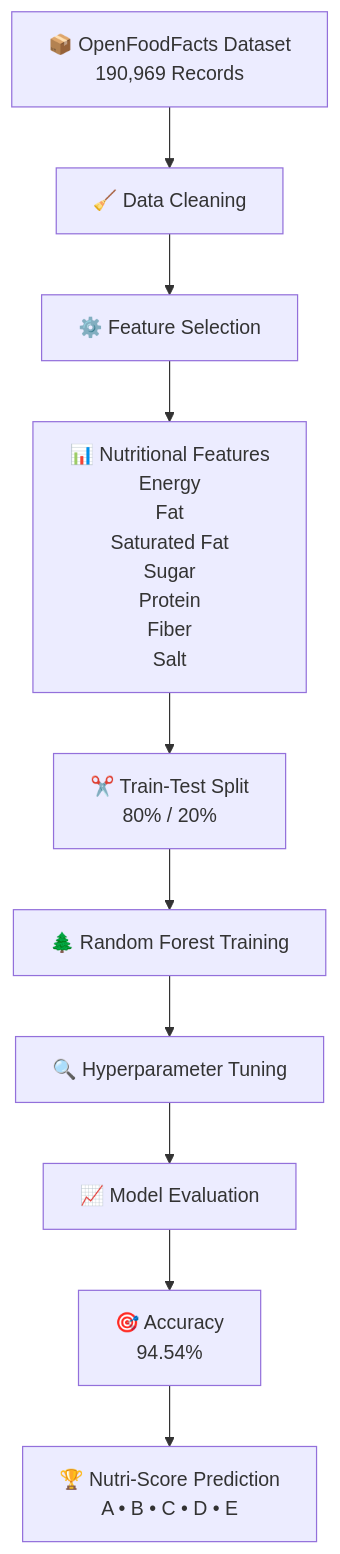
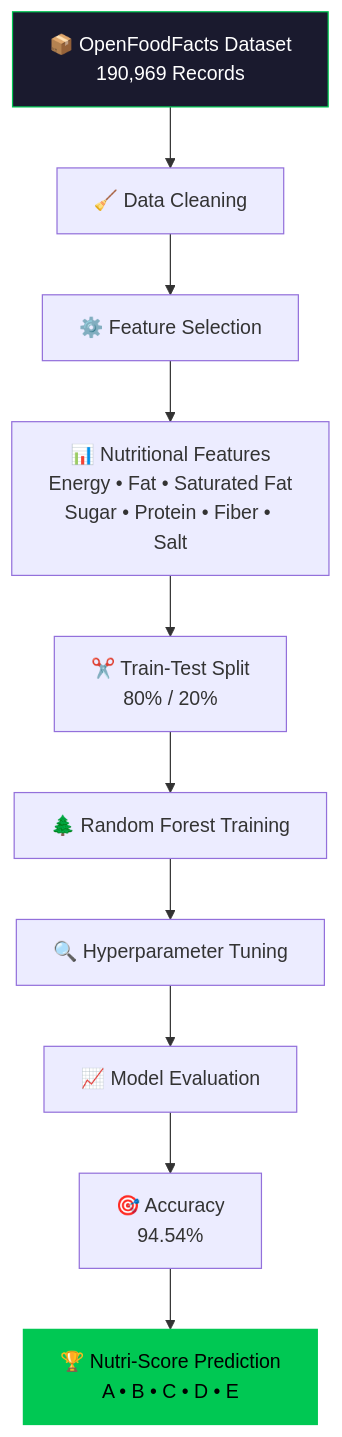
One commit to LovelySharma-dev/NutriInsightX changed the first of 3 diagrams in README.md. Above: the diagram before and after it, drawn with Mermaid. The commit also changed other lines of this file, not shown here.

````diff
--- a/README.md
+++ b/README.md
@@ -71,34 +135,32 @@
 ```mermaid
 flowchart TD
 
 A["📦 OpenFoodFacts Dataset
 190,969 Records"]
 
 --> B["🧹 Data Cleaning"]
 
 --> C["⚙️ Feature Selection"]
 
 --> D["📊 Nutritional Features
-Energy
-Fat
-Saturated Fat
-Sugar
-Protein
-Fiber
-Salt"]
+Energy • Fat • Saturated Fat
+Sugar • Protein • Fiber • Salt"]
 
 --> E["✂️ Train-Test Split
 80% / 20%"]
 
 --> F["🌲 Random Forest Training"]
 
 --> G["🔍 Hyperparameter Tuning"]
 
 --> H["📈 Model Evaluation"]
 
 --> I["🎯 Accuracy
 94.54%"]
 
 --> J["🏆 Nutri-Score Prediction
 A • B • C • D • E"]
+
+style A fill:#1a1a2e,stroke:#00C853,color:#fff
+style J fill:#00C853,stroke:#00C853,color:#000
 ```
````
